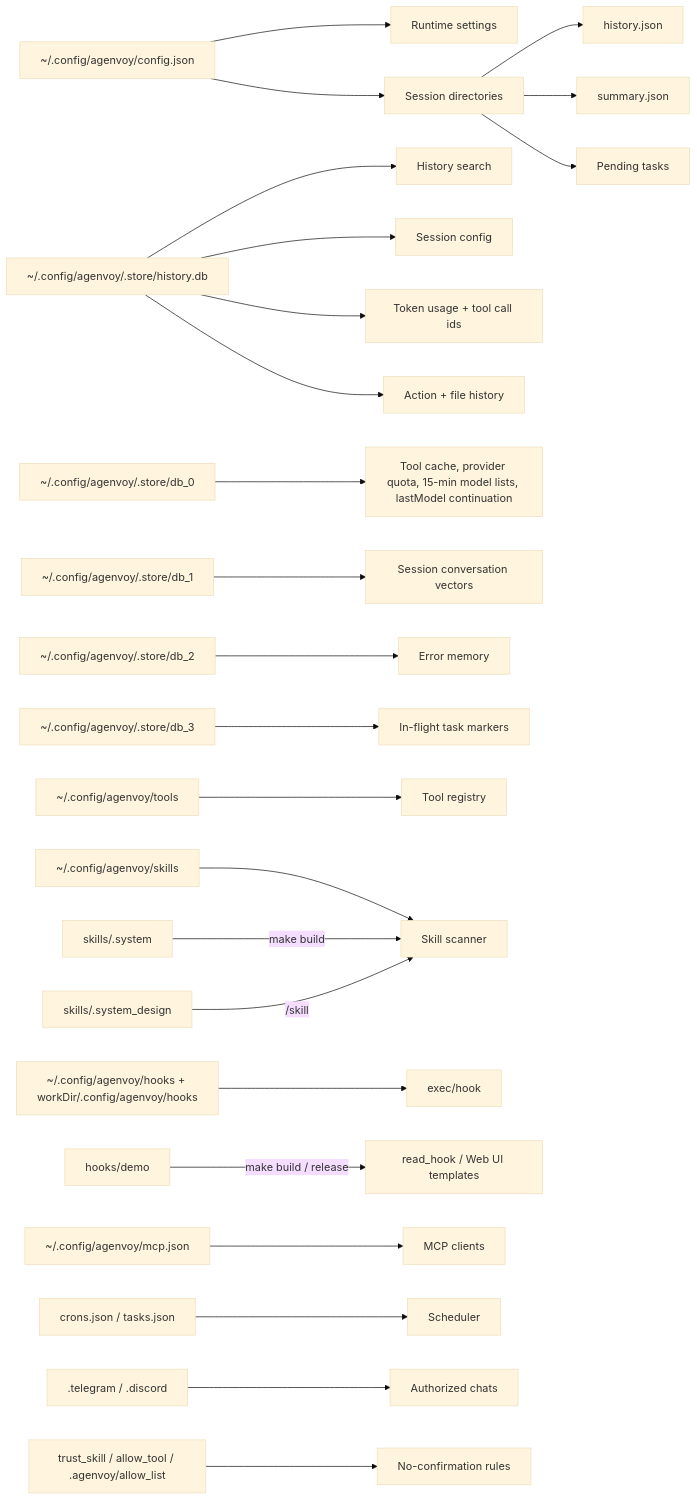
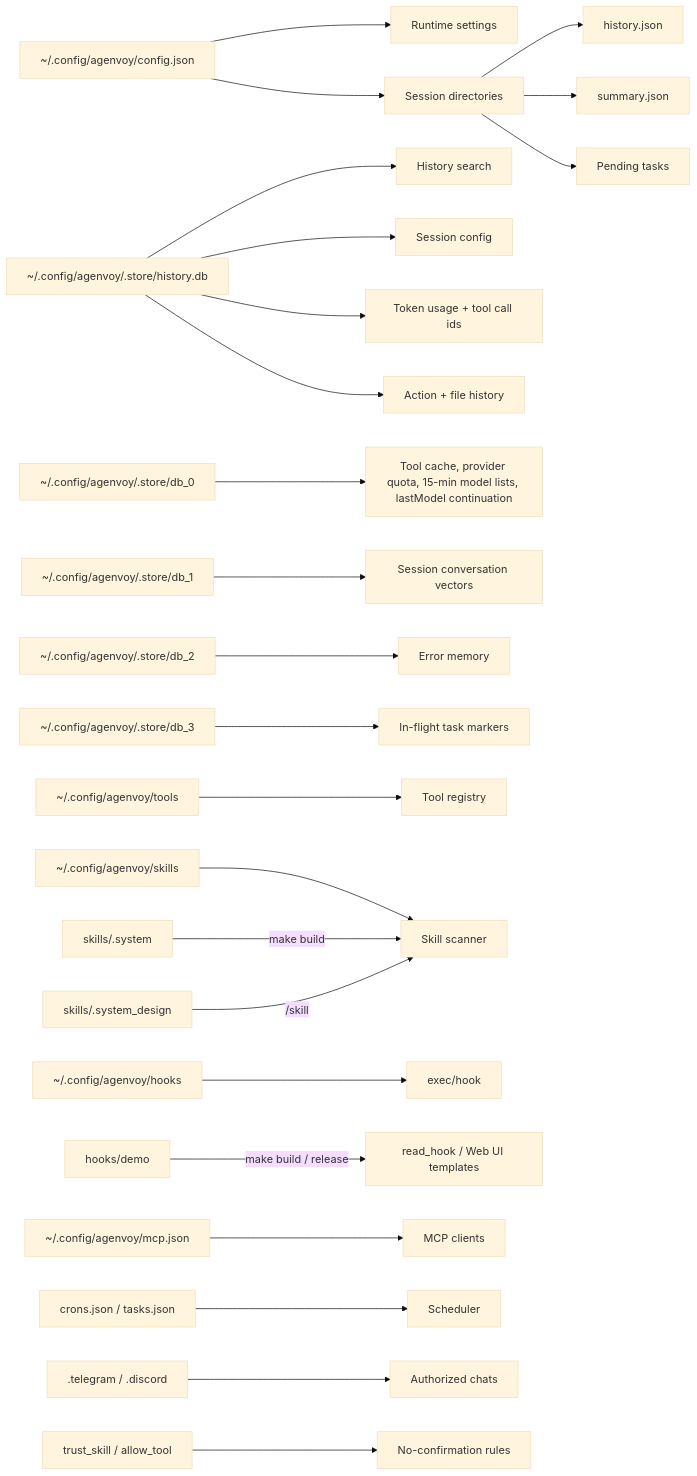
The tenth of 10 diagrams in doc/architecture.md (pardnchiu/Agenvoy), drawn with Mermaid (base theme) before and after one commit. The commit also changed other lines of this file and 5 other files, not shown here.

````diff
--- a/doc/architecture.md
+++ b/doc/architecture.md
@@ -238,26 +241,26 @@
 ```mermaid
 flowchart LR
     Config[~/.config/agenvoy/config.json] --> Runtime[Runtime settings]
     Config --> Sessions[Session directories]
     Sessions --> History[history.json]
     Sessions --> Summary[summary.json]
     Sessions --> Pending[Pending tasks]
     SQLite[~/.config/agenvoy/.store/history.db] --> Search[History search]
     SQLite --> SessionConfig[Session config]
     SQLite --> Usage[Token usage + tool call ids]
     SQLite --> ActionHistory[Action + file history]
     Torii0[~/.config/agenvoy/.store/db_0] --> ToolCache[Tool cache, provider quota, 15-min model lists, lastModel continuation]
     Torii1[~/.config/agenvoy/.store/db_1] --> SessionMemory[Session conversation vectors]
     Torii2[~/.config/agenvoy/.store/db_2] --> ErrorMemory[Error memory]
     Torii3[~/.config/agenvoy/.store/db_3] --> Online[In-flight task markers]
     Tools[~/.config/agenvoy/tools] --> Registry[Tool registry]
     Skills[~/.config/agenvoy/skills] --> Scanner[Skill scanner]
     SystemSkills[skills/.system] -->|make build| Scanner
     DesignSkills[skills/.system_design] -->|/skill| Scanner
-    Hooks[~/.config/agenvoy/hooks + workDir/.config/agenvoy/hooks] --> HookRun[exec/hook]
+    Hooks[~/.config/agenvoy/hooks] --> HookRun[exec/hook]
     HookDemo[hooks/demo] -->|make build / release| ReadHook[read_hook / Web UI templates]
     MCP[~/.config/agenvoy/mcp.json] --> MCPClient[MCP clients]
     Schedules[crons.json / tasks.json] --> Scheduler[Scheduler]
     Auth[.telegram / .discord] --> Channels[Authorized chats]
-    Allow[trust_skill / allow_tool / .agenvoy/allow_list] --> Confirm[No-confirmation rules]
+    Allow[trust_skill / allow_tool] --> Confirm[No-confirmation rules]
 ```
````
